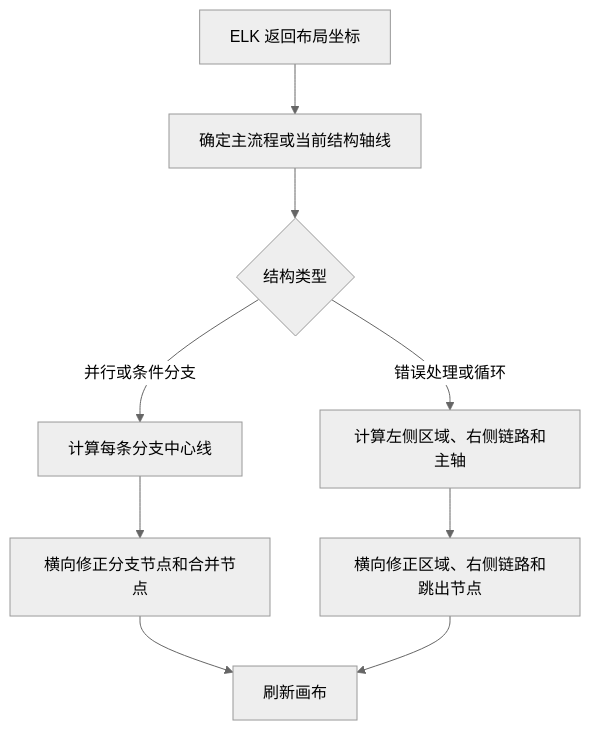
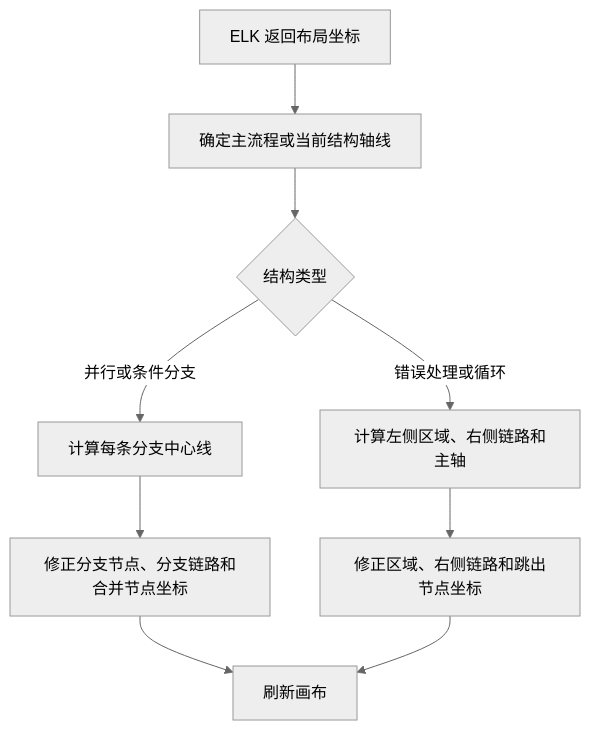
One commit to THZSummer/open-app changed diagram 21 of 32 in front/doc/2026年6月文档/连接流配置需求设计说明书.md. Above: the diagram before and after it, drawn with Mermaid (neutral theme). The commit also changed other lines of this file and 2 other files, not shown here.

````diff
--- a/front/doc/2026年6月文档/连接流配置需求设计说明书.md
+++ b/front/doc/2026年6月文档/连接流配置需求设计说明书.md
@@ -630,11 +964,11 @@
 ```mermaid
 flowchart TD
   Layouted[ELK 返回布局坐标] --> FindAxis[确定主流程或当前结构轴线]
   FindAxis --> StructureType{结构类型}
   StructureType -->|并行或条件分支| ParallelAxis[计算每条分支中心线]
   StructureType -->|错误处理或循环| LoopAxis[计算左侧区域、右侧链路和主轴]
-  ParallelAxis --> AlignParallel[横向修正分支节点和合并节点]
-  LoopAxis --> AlignLoop[横向修正区域、右侧链路和跳出节点]
+  ParallelAxis --> AlignParallel[修正分支节点、分支链路和合并节点坐标]
+  LoopAxis --> AlignLoop[修正区域、右侧链路和跳出节点坐标]
   AlignParallel --> Render[刷新画布]
   AlignLoop --> Render
 ```
````
